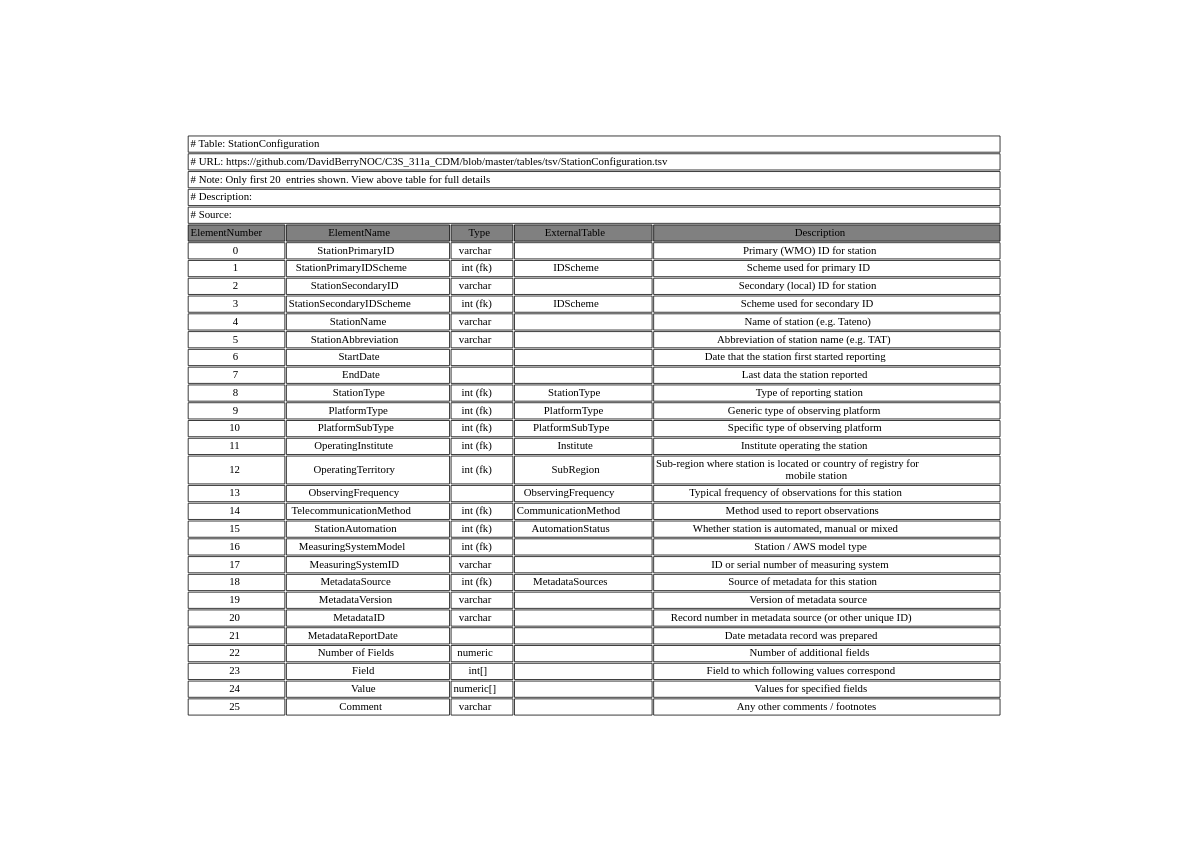
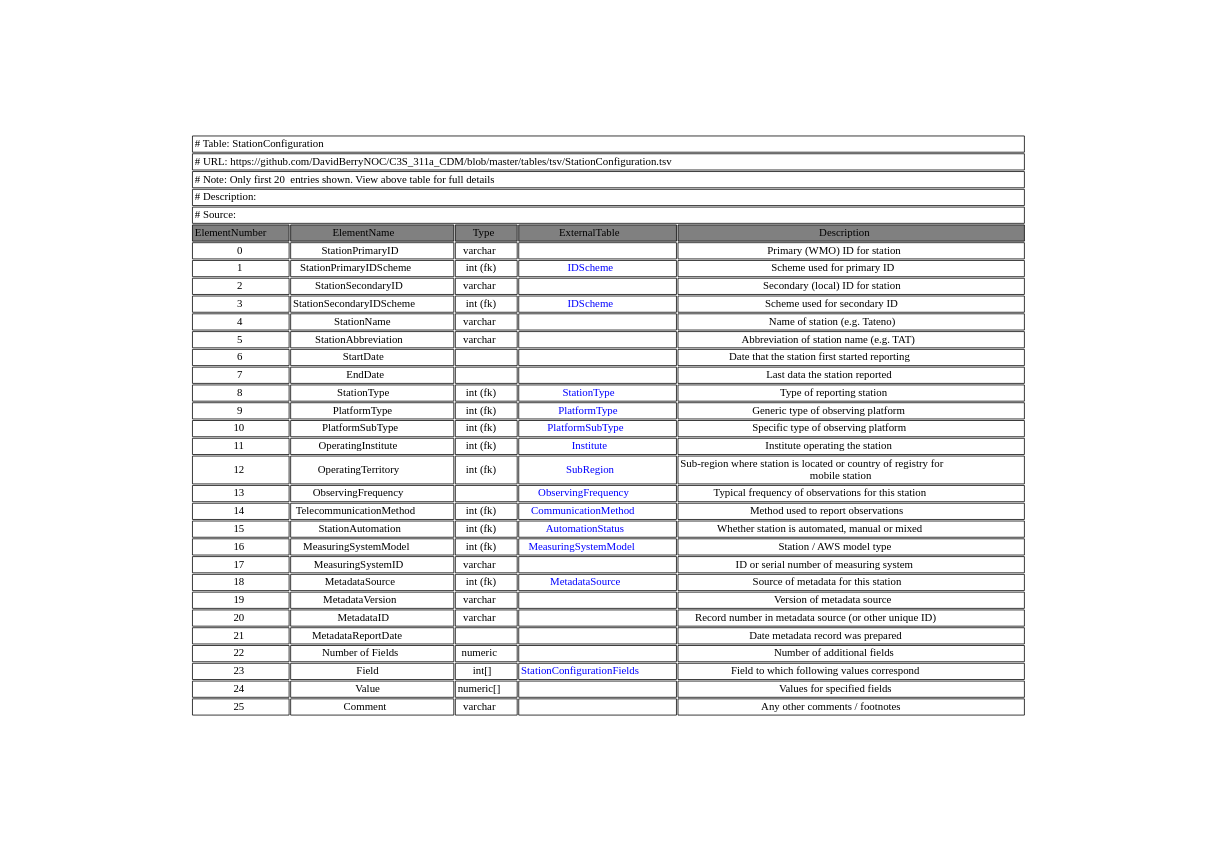
One commit to glamod/common_data_model changed the diagram in tables/gv/StationConfiguration.gv. Above: the diagram before and after it, drawn with Graphviz. The commit also changed 73 other files, not shown here.

Commit message:
CDM diagram implified to exclude decode tables

```diff
--- a/tables/gv/StationConfiguration.gv
+++ b/tables/gv/StationConfiguration.gv
@@ -1,37 +1,37 @@
 digraph StationConfiguration {
 node [color=white]
 StationConfiguration [label=<<TABLE BORDER="0" CELLBORDER="1" CELLSPACING="2" COLOR="BLACK">
 <TR><TD COLSPAN="5" ALIGN="left" PORT="head"># Table: StationConfiguration</TD></TR>
 <TR><TD COLSPAN="5" ALIGN="left"># URL: https://github.com/DavidBerryNOC/C3S_311a_CDM/blob/master/tables/tsv/StationConfiguration.tsv</TD></TR>
 <TR><TD COLSPAN="5" ALIGN="left"># Note: Only first 20  entries shown. View above table for full details</TD></TR>
 <TR><TD ALIGN="left" COLSPAN="5"># Description:</TD></TR>
 <TR><TD ALIGN="left" COLSPAN="5"># Source: </TD></TR>
 <TR><TD BGCOLOR="GRAY">ElementNumber</TD><TD BGCOLOR="GRAY">ElementName</TD><TD BGCOLOR="GRAY">Type</TD><TD BGCOLOR="GRAY">ExternalTable</TD><TD BGCOLOR="GRAY">Description</TD></TR>
 <TR><TD PORT="StationPrimaryIDL">0</TD><TD>StationPrimaryID </TD><TD>varchar </TD><TD></TD><TD PORT="StationPrimaryIDR">Primary (WMO) ID for station </TD></TR>
-<TR><TD PORT="StationPrimaryIDSchemeL">1</TD><TD>StationPrimaryIDScheme </TD><TD>int (fk) </TD><TD>IDScheme </TD><TD PORT="StationPrimaryIDSchemeR">Scheme used for primary ID </TD></TR>
+<TR><TD PORT="StationPrimaryIDSchemeL">1</TD><TD>StationPrimaryIDScheme </TD><TD>int (fk) </TD><TD HREF="https://github.com/DavidBerryNOC/C3S_311a_CDM/blob/master/tables/tsv/IDScheme.tsv"><FONT color="blue">IDScheme </FONT></TD><TD PORT="StationPrimaryIDSchemeR">Scheme used for primary ID </TD></TR>
 <TR><TD PORT="StationSecondaryIDL">2</TD><TD>StationSecondaryID </TD><TD>varchar </TD><TD></TD><TD PORT="StationSecondaryIDR">Secondary (local) ID for station </TD></TR>
-<TR><TD PORT="StationSecondaryIDSchemeL">3</TD><TD>StationSecondaryIDScheme </TD><TD>int (fk) </TD><TD>IDScheme </TD><TD PORT="StationSecondaryIDSchemeR">Scheme used for secondary ID </TD></TR>
+<TR><TD PORT="StationSecondaryIDSchemeL">3</TD><TD>StationSecondaryIDScheme </TD><TD>int (fk) </TD><TD HREF="https://github.com/DavidBerryNOC/C3S_311a_CDM/blob/master/tables/tsv/IDScheme.tsv"><FONT color="blue">IDScheme </FONT></TD><TD PORT="StationSecondaryIDSchemeR">Scheme used for secondary ID </TD></TR>
 <TR><TD PORT="StationNameL">4</TD><TD>StationName </TD><TD>varchar </TD><TD></TD><TD PORT="StationNameR">Name of station (e.g. Tateno) </TD></TR>
 <TR><TD PORT="StationAbbreviationL">5</TD><TD>StationAbbreviation </TD><TD>varchar </TD><TD></TD><TD PORT="StationAbbreviationR">Abbreviation of station name (e.g. TAT) </TD></TR>
 <TR><TD PORT="StartDateL">6</TD><TD>StartDate </TD><TD></TD><TD></TD><TD PORT="StartDateR">Date that the station first started reporting </TD></TR>
 <TR><TD PORT="EndDateL">7</TD><TD>EndDate </TD><TD></TD><TD></TD><TD PORT="EndDateR">Last data the station reported </TD></TR>
-<TR><TD PORT="StationTypeL">8</TD><TD>StationType </TD><TD>int (fk) </TD><TD>StationType </TD><TD PORT="StationTypeR">Type of reporting station </TD></TR>
-<TR><TD PORT="PlatformTypeL">9</TD><TD>PlatformType </TD><TD>int (fk) </TD><TD>PlatformType </TD><TD PORT="PlatformTypeR">Generic type of observing platform </TD></TR>
-<TR><TD PORT="PlatformSubTypeL">10</TD><TD>PlatformSubType </TD><TD>int (fk) </TD><TD>PlatformSubType </TD><TD PORT="PlatformSubTypeR">Specific type of observing platform </TD></TR>
-<TR><TD PORT="OperatingInstituteL">11</TD><TD>OperatingInstitute </TD><TD>int (fk) </TD><TD>Institute </TD><TD PORT="OperatingInstituteR">Institute operating the station </TD></TR>
-<TR><TD PORT="OperatingTerritoryL">12</TD><TD>OperatingTerritory </TD><TD>int (fk) </TD><TD>SubRegion </TD><TD PORT="OperatingTerritoryR">Sub-region where station is located or country of registry for <BR/>mobile station </TD></TR>
-<TR><TD PORT="ObservingFrequencyL">13</TD><TD>ObservingFrequency </TD><TD></TD><TD>ObservingFrequency </TD><TD PORT="ObservingFrequencyR">Typical frequency of observations for this station </TD></TR>
-<TR><TD PORT="TelecommunicationMethodL">14</TD><TD>TelecommunicationMethod </TD><TD>int (fk) </TD><TD>CommunicationMethod </TD><TD PORT="TelecommunicationMethodR">Method used to report observations </TD></TR>
-<TR><TD PORT="StationAutomationL">15</TD><TD>StationAutomation </TD><TD>int (fk) </TD><TD>AutomationStatus </TD><TD PORT="StationAutomationR">Whether station is automated, manual or mixed </TD></TR>
-<TR><TD PORT="MeasuringSystemModelL">16</TD><TD>MeasuringSystemModel </TD><TD>int (fk) </TD><TD></TD><TD PORT="MeasuringSystemModelR">Station / AWS model type </TD></TR>
+<TR><TD PORT="StationTypeL">8</TD><TD>StationType </TD><TD>int (fk) </TD><TD HREF="https://github.com/DavidBerryNOC/C3S_311a_CDM/blob/master/tables/tsv/StationType.tsv"><FONT color="blue">StationType </FONT></TD><TD PORT="StationTypeR">Type of reporting station </TD></TR>
+<TR><TD PORT="PlatformTypeL">9</TD><TD>PlatformType </TD><TD>int (fk) </TD><TD HREF="https://github.com/DavidBerryNOC/C3S_311a_CDM/blob/master/tables/tsv/PlatformType.tsv"><FONT color="blue">PlatformType </FONT></TD><TD PORT="PlatformTypeR">Generic type of observing platform </TD></TR>
+<TR><TD PORT="PlatformSubTypeL">10</TD><TD>PlatformSubType </TD><TD>int (fk) </TD><TD HREF="https://github.com/DavidBerryNOC/C3S_311a_CDM/blob/master/tables/tsv/PlatformSubType.tsv"><FONT color="blue">PlatformSubType </FONT></TD><TD PORT="PlatformSubTypeR">Specific type of observing platform </TD></TR>
+<TR><TD PORT="OperatingInstituteL">11</TD><TD>OperatingInstitute </TD><TD>int (fk) </TD><TD HREF="https://github.com/DavidBerryNOC/C3S_311a_CDM/blob/master/tables/tsv/Institute.tsv"><FONT color="blue">Institute </FONT></TD><TD PORT="OperatingInstituteR">Institute operating the station </TD></TR>
+<TR><TD PORT="OperatingTerritoryL">12</TD><TD>OperatingTerritory </TD><TD>int (fk) </TD><TD HREF="https://github.com/DavidBerryNOC/C3S_311a_CDM/blob/master/tables/tsv/SubRegion.tsv"><FONT color="blue">SubRegion </FONT></TD><TD PORT="OperatingTerritoryR">Sub-region where station is located or country of registry for <BR/>mobile station </TD></TR>
+<TR><TD PORT="ObservingFrequencyL">13</TD><TD>ObservingFrequency </TD><TD></TD><TD HREF="https://github.com/DavidBerryNOC/C3S_311a_CDM/blob/master/tables/tsv/ObservingFrequency.tsv"><FONT color="blue">ObservingFrequency </FONT></TD><TD PORT="ObservingFrequencyR">Typical frequency of observations for this station </TD></TR>
+<TR><TD PORT="TelecommunicationMethodL">14</TD><TD>TelecommunicationMethod </TD><TD>int (fk) </TD><TD HREF="https://github.com/DavidBerryNOC/C3S_311a_CDM/blob/master/tables/tsv/CommunicationMethod.tsv"><FONT color="blue">CommunicationMethod </FONT></TD><TD PORT="TelecommunicationMethodR">Method used to report observations </TD></TR>
+<TR><TD PORT="StationAutomationL">15</TD><TD>StationAutomation </TD><TD>int (fk) </TD><TD HREF="https://github.com/DavidBerryNOC/C3S_311a_CDM/blob/master/tables/tsv/AutomationStatus.tsv"><FONT color="blue">AutomationStatus </FONT></TD><TD PORT="StationAutomationR">Whether station is automated, manual or mixed </TD></TR>
+<TR><TD PORT="MeasuringSystemModelL">16</TD><TD>MeasuringSystemModel </TD><TD>int (fk) </TD><TD HREF="https://github.com/DavidBerryNOC/C3S_311a_CDM/blob/master/tables/tsv/MeasuringSystemModel.tsv"><FONT color="blue">MeasuringSystemModel </FONT></TD><TD PORT="MeasuringSystemModelR">Station / AWS model type </TD></TR>
 <TR><TD PORT="MeasuringSystemIDL">17</TD><TD>MeasuringSystemID </TD><TD>varchar </TD><TD></TD><TD PORT="MeasuringSystemIDR">ID or serial number of measuring system </TD></TR>
-<TR><TD PORT="MetadataSourceL">18</TD><TD>MetadataSource </TD><TD>int (fk) </TD><TD>MetadataSources </TD><TD PORT="MetadataSourceR">Source of metadata for this station </TD></TR>
+<TR><TD PORT="MetadataSourceL">18</TD><TD>MetadataSource </TD><TD>int (fk) </TD><TD HREF="https://github.com/DavidBerryNOC/C3S_311a_CDM/blob/master/tables/tsv/MetadataSource.tsv"><FONT color="blue">MetadataSource </FONT></TD><TD PORT="MetadataSourceR">Source of metadata for this station </TD></TR>
 <TR><TD PORT="MetadataVersionL">19</TD><TD>MetadataVersion </TD><TD>varchar </TD><TD></TD><TD PORT="MetadataVersionR">Version of metadata source </TD></TR>
 <TR><TD PORT="MetadataIDL">20</TD><TD>MetadataID </TD><TD>varchar </TD><TD></TD><TD PORT="MetadataIDR">Record number in metadata source (or other unique ID) </TD></TR>
 <TR><TD PORT="MetadataReportDateL">21</TD><TD>MetadataReportDate </TD><TD></TD><TD></TD><TD PORT="MetadataReportDateR">Date metadata record was prepared </TD></TR>
 <TR><TD PORT="Number of FieldsL">22</TD><TD>Number of Fields </TD><TD>numeric </TD><TD></TD><TD PORT="Number of FieldsR">Number of additional fields </TD></TR>
-<TR><TD PORT="FieldL">23</TD><TD>Field </TD><TD>int[] </TD><TD></TD><TD PORT="FieldR">Field to which following values correspond </TD></TR>
+<TR><TD PORT="FieldL">23</TD><TD>Field </TD><TD>int[] </TD><TD HREF="https://github.com/DavidBerryNOC/C3S_311a_CDM/blob/master/tables/tsv/StationConfigurationFields.tsv"><FONT color="blue">StationConfigurationFields </FONT></TD><TD PORT="FieldR">Field to which following values correspond </TD></TR>
 <TR><TD PORT="ValueL">24</TD><TD>Value </TD><TD>numeric[] </TD><TD></TD><TD PORT="ValueR">Values for specified fields </TD></TR>
 <TR><TD PORT="CommentL">25</TD><TD>Comment </TD><TD>varchar </TD><TD></TD><TD PORT="CommentR">Any other comments / footnotes </TD></TR>
 </TABLE>>];
 }
```
